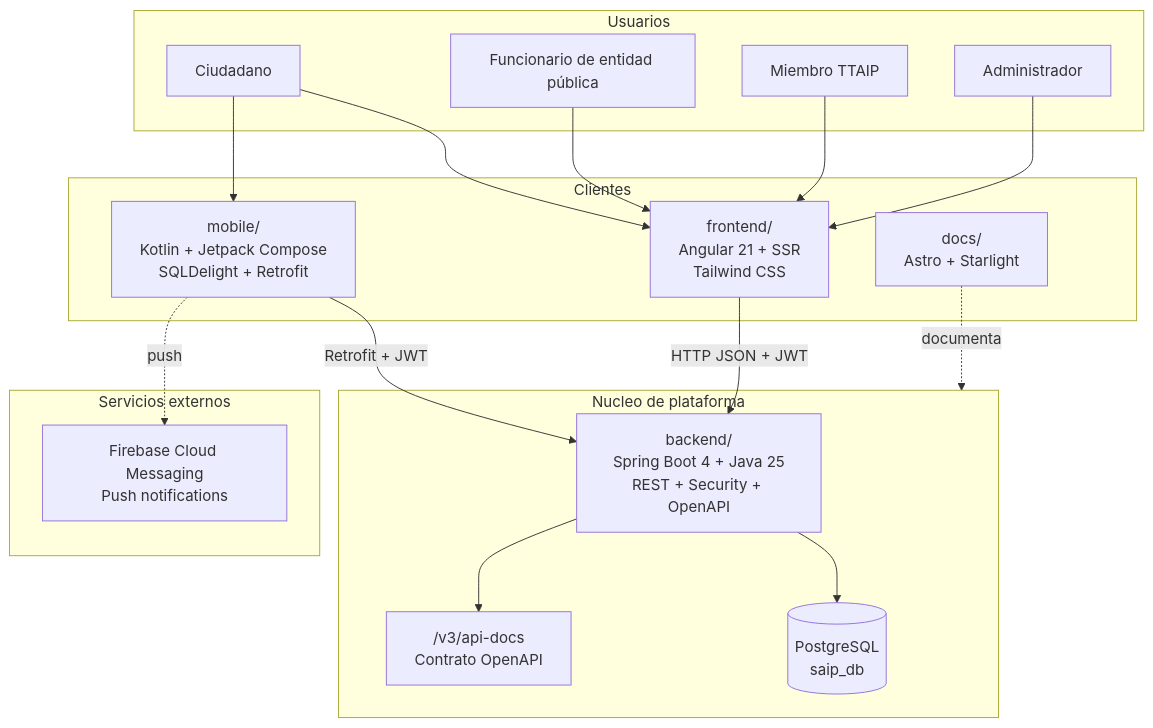
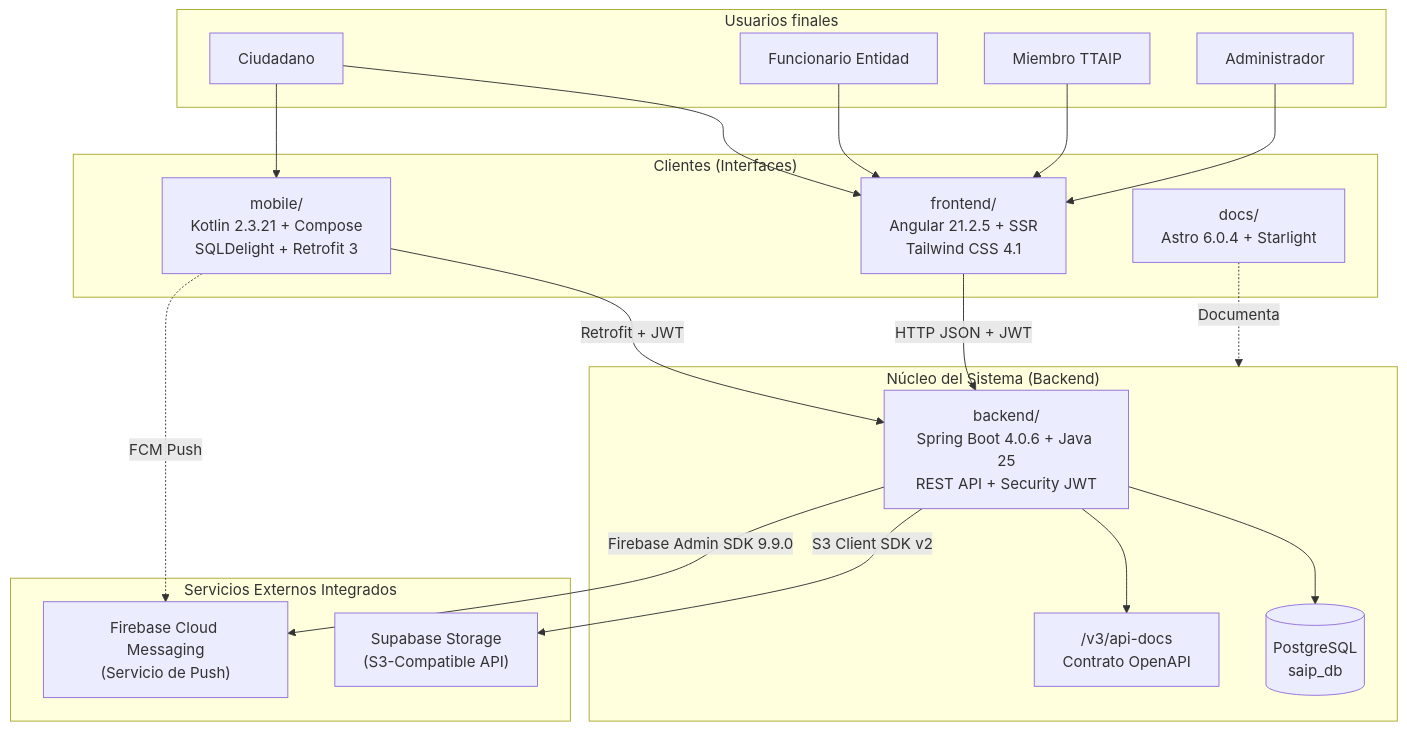
One commit to transparenciapublicadev/plataforma-saip-apelaciones changed the first of 5 diagrams in README.md. Above: the diagram before and after it, drawn with Mermaid. The commit also changed other lines of this file, not shown here.

First line of the commit message:
📝 docs(readme): rewrite README with professional Firebase and Supabase guides

````diff
--- a/README.md
+++ b/README.md
@@ -55,38 +67,41 @@
 ```mermaid
 flowchart TB
-    subgraph Users["Usuarios"]
+    subgraph Users["Usuarios finales"]
         Citizen["Ciudadano"]
-        Officer["Funcionario de entidad pública"]
+        Officer["Funcionario Entidad"]
         Tribunal["Miembro TTAIP"]
         Admin["Administrador"]
     end
 
-    subgraph Clients["Clientes"]
-        Web["frontend/\nAngular 21 + SSR\nTailwind CSS"]
-        Android["mobile/\nKotlin + Jetpack Compose\nSQLDelight + Retrofit"]
-        Docs["docs/\nAstro + Starlight"]
+    subgraph Clients["Clientes (Interfaces)"]
+        Web["frontend/\nAngular 21.2.5 + SSR\nTailwind CSS 4.1"]
+        Android["mobile/\nKotlin 2.3.21 + Compose\nSQLDelight + Retrofit 3"]
+        Docs["docs/\nAstro 6.0.4 + Starlight"]
     end
 
-    subgraph Platform["Nucleo de plataforma"]
-        API["backend/\nSpring Boot 4 + Java 25\nREST + Security + OpenAPI"]
+    subgraph Platform["Núcleo del Sistema (Backend)"]
+        API["backend/\nSpring Boot 4.0.6 + Java 25\nREST API + Security JWT"]
         DB[("PostgreSQL\nsaip_db")]
         OpenAPI["/v3/api-docs\nContrato OpenAPI"]
     end
 
-    subgraph External["Servicios externos"]
-        Firebase["Firebase Cloud Messaging\nPush notifications"]
+    subgraph External["Servicios Externos Integrados"]
+        Supabase["Supabase Storage\n(S3-Compatible API)"]
+        Firebase["Firebase Cloud Messaging\n(Servicio de Push)"]
     end
 
     Citizen --> Web
     Officer --> Web
     Tribunal --> Web
     Admin --> Web
     Citizen --> Android
 
     Web -->|HTTP JSON + JWT| API
     Android -->|Retrofit + JWT| API
     API --> DB
     API --> OpenAPI
-    Android -. push .-> Firebase
-    Docs -. documenta .-> Platform
+    API -->|S3 Client SDK v2| Supabase
+    API -->|Firebase Admin SDK 9.9.0| Firebase
+    Android -. FCM Push .-> Firebase
+    Docs -. Documenta .-> Platform
 ```
````
